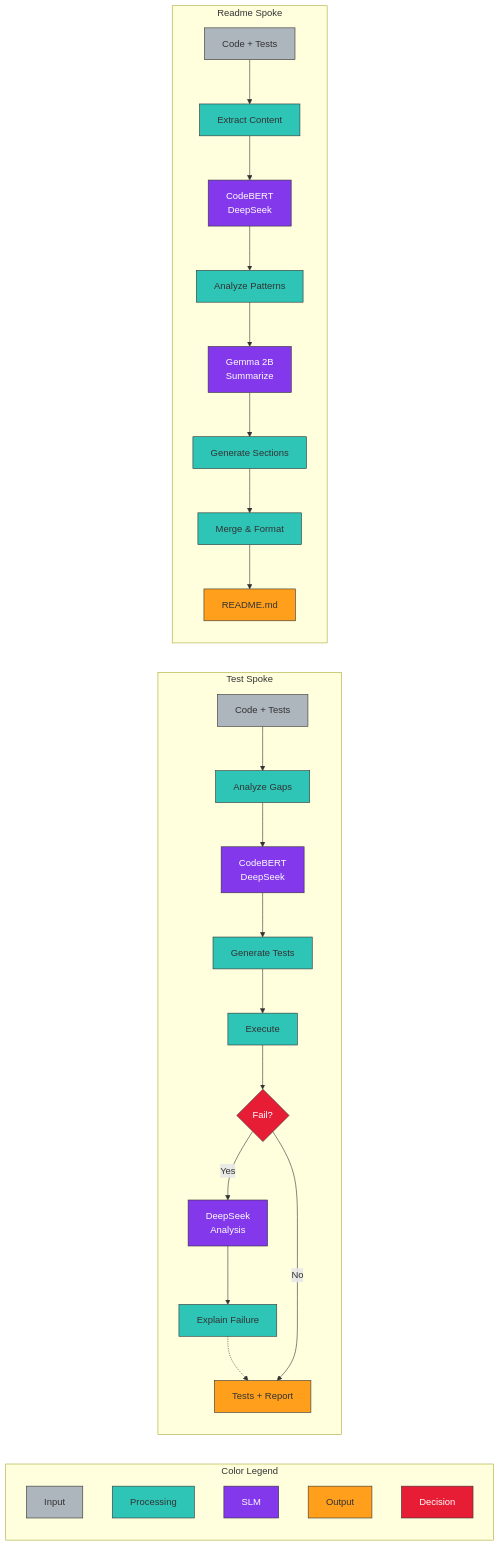
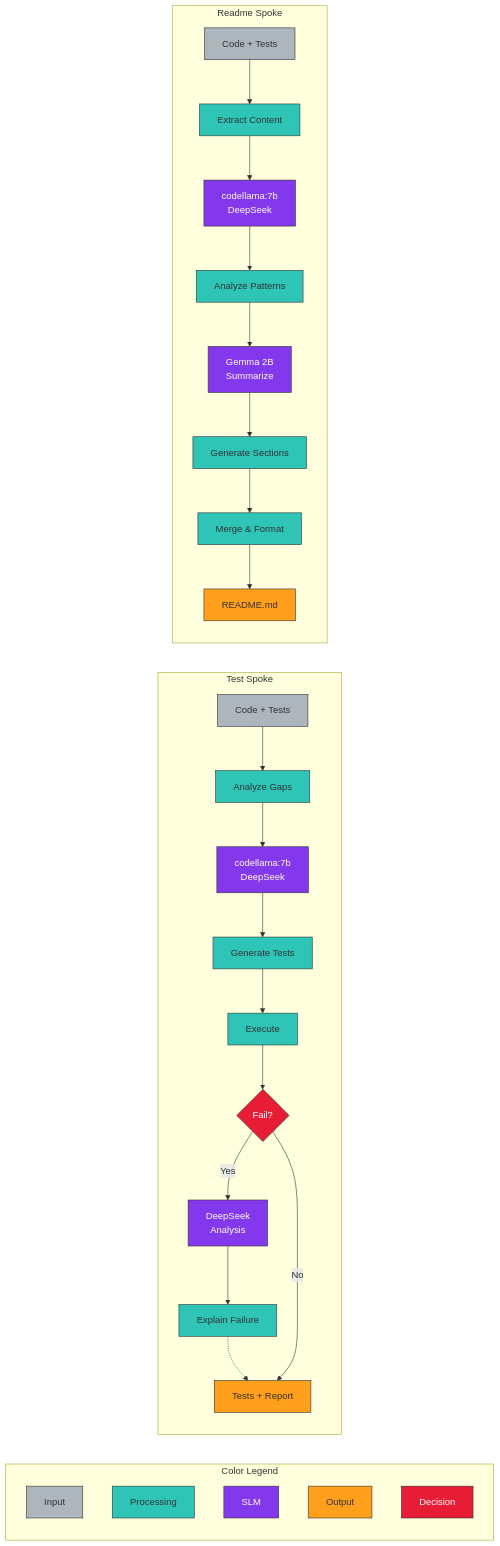
Before and after one commit to Drecoder/spoke-tool: the diagram in docs/diagrams/comparison-flow.mmd, drawn with Mermaid. The commit also changed 27 other files, not shown here.

```diff
--- a/docs/diagrams/comparison-flow.mmd
+++ b/docs/diagrams/comparison-flow.mmd
@@ -1,57 +1,57 @@
 graph LR
     subgraph Legend [Color Legend]
         L1[Input]:::input
         L2[Processing]:::phase
         L3[SLM]:::slm
         L4[Output]:::output
         L5[Decision]:::decision
     end
 
     subgraph TestSpoke [Test Spoke]
         direction TB
         T_In[Code + Tests]:::input
         T_Analyze[Analyze Gaps]:::phase
-        T_SLM1[CodeBERT<br/>DeepSeek]:::slm
+        T_SLM1[codellama:7b<br/>DeepSeek]:::slm
         T_Generate[Generate Tests]:::phase
         T_Run[Execute]:::phase
         T_Decision{Fail?}:::decision
         T_SLM2[DeepSeek<br/>Analysis]:::slm
         T_Explain[Explain Failure]:::phase
         T_Out[Tests + Report]:::output
         
         T_In --> T_Analyze
         T_Analyze --> T_SLM1
         T_SLM1 --> T_Generate
         T_Generate --> T_Run
         T_Run --> T_Decision
         T_Decision -->|Yes| T_SLM2
         T_SLM2 --> T_Explain
         T_Explain -.-> T_Out
         T_Decision -->|No| T_Out
     end
     
     subgraph DocSpoke [Readme Spoke]
         direction TB
         D_In[Code + Tests]:::input
         D_Extract[Extract Content]:::phase
-        D_SLM1[CodeBERT<br/>DeepSeek]:::slm
+        D_SLM1[codellama:7b<br/>DeepSeek]:::slm
         D_Analyze[Analyze Patterns]:::phase
         D_SLM2[Gemma 2B<br/>Summarize]:::slm
         D_Generate[Generate Sections]:::phase
         D_Merge[Merge & Format]:::phase
         D_Out[README.md]:::output
         
         D_In --> D_Extract
         D_Extract --> D_SLM1
         D_SLM1 --> D_Analyze
         D_Analyze --> D_SLM2
         D_SLM2 --> D_Generate
         D_Generate --> D_Merge
         D_Merge --> D_Out
     end
 
     classDef input fill:#adb5bd,stroke:#333,color:#333
     classDef phase fill:#2ec4b6,stroke:#333,color:#333
     classDef slm fill:#8338ec,stroke:#333,color:#fff
     classDef output fill:#ff9f1c,stroke:#333,color:#333
     classDef decision fill:#e71d36,stroke:#333,color:#fff
```
